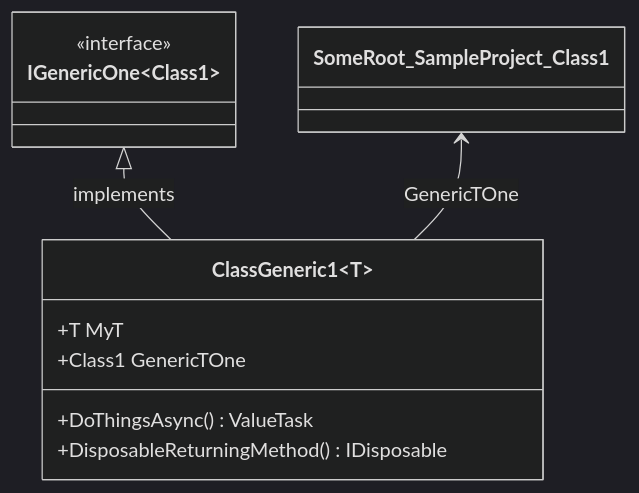
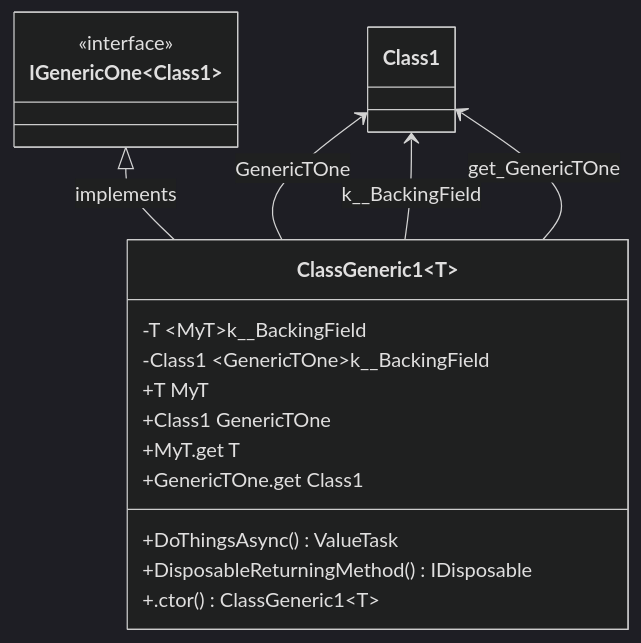
Before and after one commit to erichiller/gh-action-cs-metrics: the third of 7 diagrams in test/SampleProject/CODE_METRICS.md, drawn with Mermaid (dark theme). The commit also changed other lines of this file, not shown here.

````diff
--- a/test/SampleProject/CODE_METRICS.md
+++ b/test/SampleProject/CODE_METRICS.md
@@ -242,18 +269,34 @@
 ```mermaid
 %%{init: {
     'fontFamily': 'monospace'
 } }%%
 classDiagram
 SomeRoot_SampleProject_IGenericOne_SomeRoot_SampleProject_Class1_ <|-- SomeRoot_SampleProject_ClassGeneric1_T_ : implements
 class SomeRoot_SampleProject_IGenericOne_SomeRoot_SampleProject_Class1_ ["IGenericOne&lt;Class1&gt;"] {
     <<interface>>
 }
 SomeRoot_SampleProject_Class1 <-- SomeRoot_SampleProject_ClassGeneric1_T_ : GenericTOne
+class SomeRoot_SampleProject_Class1 ["Class1"] {
+    
+}
+SomeRoot_SampleProject_Class1 <-- SomeRoot_SampleProject_ClassGeneric1_T_ : <GenericTOne>k__BackingField
+class SomeRoot_SampleProject_Class1 ["Class1"] {
+    
+}
+SomeRoot_SampleProject_Class1 <-- SomeRoot_SampleProject_ClassGeneric1_T_ : get_GenericTOne
+class SomeRoot_SampleProject_Class1 ["Class1"] {
+    
+}
 class SomeRoot_SampleProject_ClassGeneric1_T_ ["ClassGeneric1&lt;T&gt;"] {
+    -T &lt;MyT&gt;k__BackingField
+    -Class1 &lt;GenericTOne&gt;k__BackingField
     +T MyT
     +Class1 GenericTOne
     +DoThingsAsync() ValueTask
     +DisposableReturningMethod() IDisposable
+    +MyT.get T
+    +GenericTOne.get Class1
+    +.ctor() ClassGeneric1&lt;T&gt;
 }
 
 ```
````
